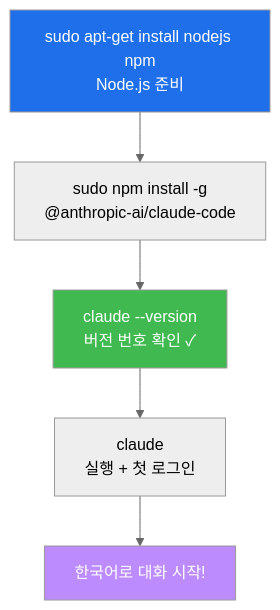
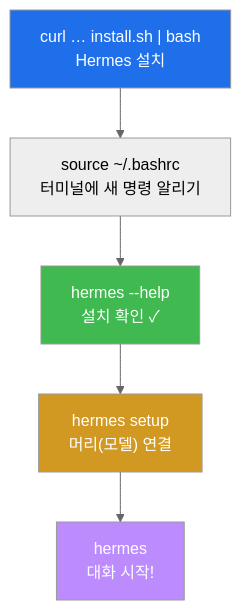
One commit to mrgrit/easy_web_hacking_class changed the sixth of 8 diagrams in contents/training/lecture_week02.md. Above: the diagram before and after it, drawn with Mermaid (neutral theme). The commit also changed other lines of this file and 68 other files, not shown here.

````diff
--- a/contents/training/lecture_week02.md
+++ b/contents/training/lecture_week02.md
@@ -491,12 +491,13 @@
 ```mermaid
 graph TB
-    A["sudo apt-get install nodejs npm<br/>Node.js 준비"]
-    B["sudo npm install -g<br/>@anthropic-ai/claude-code"]
-    C["claude --version<br/>버전 번호 확인 ✓"]
-    D["claude<br/>실행 + 첫 로그인"]
-    E["한국어로 대화 시작!"]
+    A["curl … install.sh | bash<br/>Hermes 설치"]
+    B["source ~/.bashrc<br/>터미널에 새 명령 알리기"]
+    C["hermes --help<br/>설치 확인 ✓"]
+    D["hermes setup<br/>머리(모델) 연결"]
+    E["hermes<br/>대화 시작!"]
     A --> B --> C --> D --> E
     style A fill:#1f6feb,color:#fff
     style C fill:#3fb950,color:#fff
+    style D fill:#d29922,color:#fff
     style E fill:#bc8cff,color:#fff
 ```
````
